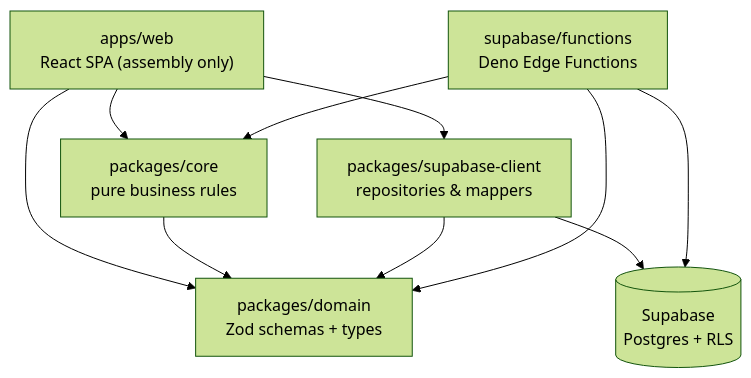
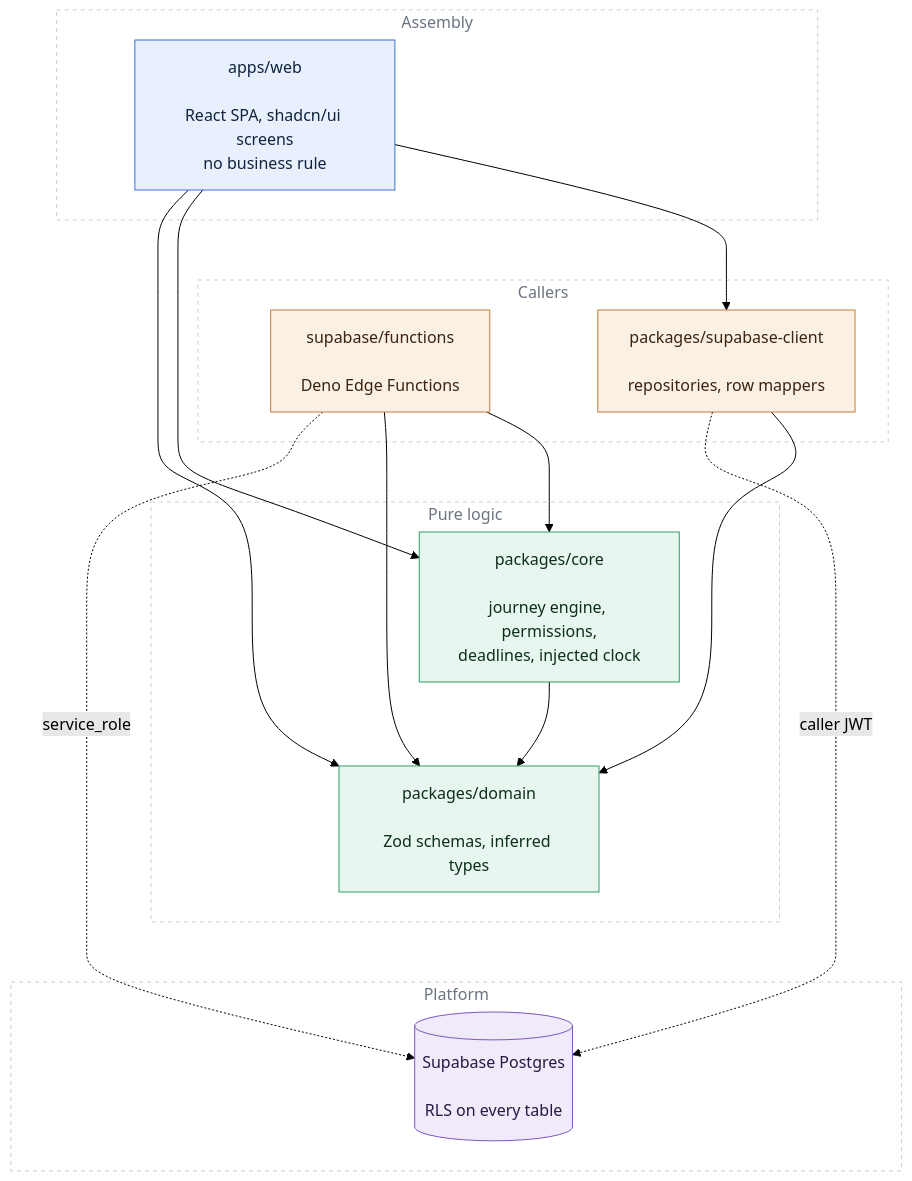
One commit to sylwaninn/sorento-monorepo changed the diagram in README.md. Above: the diagram before and after it, drawn with Mermaid (forest theme). The commit also changed other lines of this file, not shown here.

Commit message:
docs: rework the readme architecture diagram (#24)

````diff
--- a/README.md
+++ b/README.md
@@ -62,19 +62,49 @@
 ```mermaid
-graph TD
-  web["apps/web<br/>React SPA (assembly only)"]
-  core["packages/core<br/>pure business rules"]
-  domain["packages/domain<br/>Zod schemas + types"]
-  client["packages/supabase-client<br/>repositories & mappers"]
-  functions["supabase/functions<br/>Deno Edge Functions"]
-  db[("Supabase<br/>Postgres + RLS")]
+%%{init: {"flowchart": {"curve": "basis", "nodeSpacing": 45, "rankSpacing": 60}}}%%
+flowchart TB
+    subgraph assembly[" Assembly "]
+        web["apps/web<br/><br/>React SPA, shadcn/ui screens<br/>no business rule"]
+    end
 
-  web --> core
-  web --> domain
-  web --> client
-  core --> domain
-  client --> domain
-  client --> db
-  functions --> core
-  functions --> domain
-  functions --> db
+    subgraph callers[" Callers "]
+        functions["supabase/functions<br/><br/>Deno Edge Functions"]
+        client["packages/supabase-client<br/><br/>repositories, row mappers"]
+    end
+
+    subgraph pure[" Pure logic "]
+        core["packages/core<br/><br/>journey engine, permissions,<br/>deadlines, injected clock"]
+        domain["packages/domain<br/><br/>Zod schemas, inferred types"]
+    end
+
+    subgraph platform[" Platform "]
+        db[("Supabase Postgres<br/><br/>RLS on every table")]
+    end
+
+    web --> client
+    web --> core
+    web --> domain
+    functions --> core
+    functions --> domain
+    client --> domain
+    core --> domain
+
+    client -. "caller JWT" .-> db
+    functions -. "service_role" .-> db
+
+    domain ~~~ platform
+
+    classDef ui fill:#E8F0FE,stroke:#3B6FD4,color:#10233F
+    classDef rules fill:#E7F6EE,stroke:#2E9E68,color:#0E2E1F
+    classDef access fill:#FBF0E4,stroke:#C97B33,color:#3B2410
+    classDef store fill:#F1EAFB,stroke:#7A55C2,color:#291842
+
+    class web ui
+    class core,domain rules
+    class client,functions access
+    class db store
+
+    style assembly fill:transparent,stroke:#C7CDD6,stroke-dasharray:4 4,color:#6B7480
+    style callers fill:transparent,stroke:#C7CDD6,stroke-dasharray:4 4,color:#6B7480
+    style pure fill:transparent,stroke:#C7CDD6,stroke-dasharray:4 4,color:#6B7480
+    style platform fill:transparent,stroke:#C7CDD6,stroke-dasharray:4 4,color:#6B7480
 ```
````
